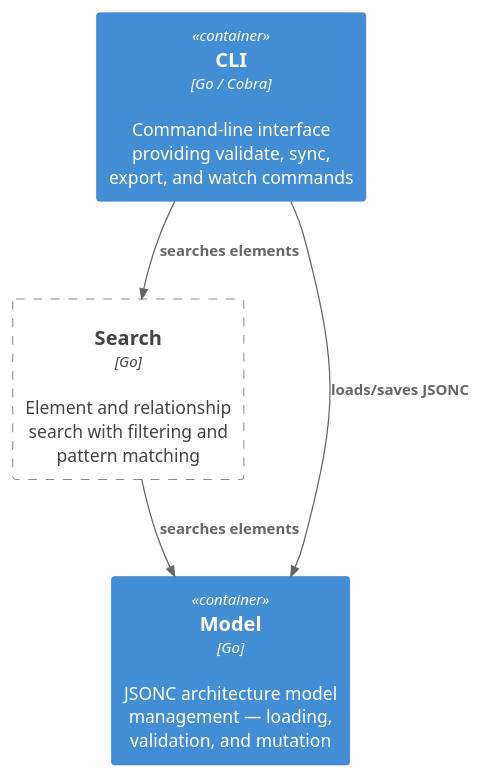
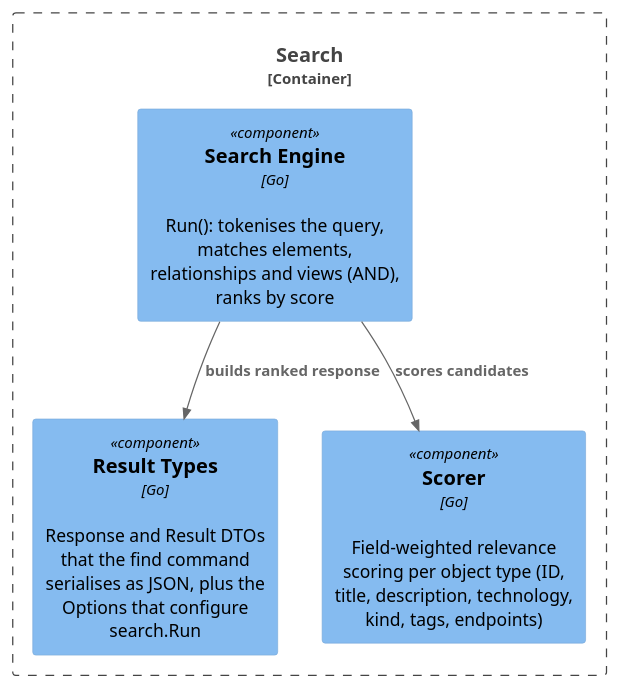
Before and after one commit to docToolchain/Bausteinsicht: the diagram in src/docs/arc42/search-components.puml, drawn with PlantUML. The commit also changed 17 other files, not shown here.

First line of the commit message:
docs(arc42): model the components of the search package (#658)

```diff
--- a/src/docs/arc42/search-components.puml
+++ b/src/docs/arc42/search-components.puml
@@ -1,13 +1,12 @@
 @startuml
-!include <C4/C4_Container>
+!include <C4/C4_Component>
 
-Container(bausteinsicht_cli, "CLI", "Go / Cobra", "Command-line interface providing validate, sync, export, and watch commands")
-Container(bausteinsicht_model, "Model", "Go", "JSONC architecture model management — loading, validation, and mutation")
-Container(bausteinsicht_search, "Search", "Go", "Element and relationship search with filtering and pattern matching")
 Container_Boundary(bausteinsicht_search, "Search") {
+  Component(bausteinsicht_search_engine, "Search Engine", "Go", "Run(): tokenises the query, matches elements, relationships and views (AND), ranks by score")
+  Component(bausteinsicht_search_results, "Result Types", "Go", "Response and Result DTOs that the find command serialises as JSON, plus the Options that configure search.Run")
+  Component(bausteinsicht_search_scorer, "Scorer", "Go", "Field-weighted relevance scoring per object type (ID, title, description, technology, kind, tags, endpoints)")
 }
 
-Rel(bausteinsicht_cli, bausteinsicht_model, "loads/saves JSONC")
-Rel(bausteinsicht_cli, bausteinsicht_search, "searches elements")
-Rel(bausteinsicht_search, bausteinsicht_model, "searches elements")
+Rel(bausteinsicht_search_engine, bausteinsicht_search_scorer, "scores candidates")
+Rel(bausteinsicht_search_engine, bausteinsicht_search_results, "builds ranked response")
 @enduml
```
